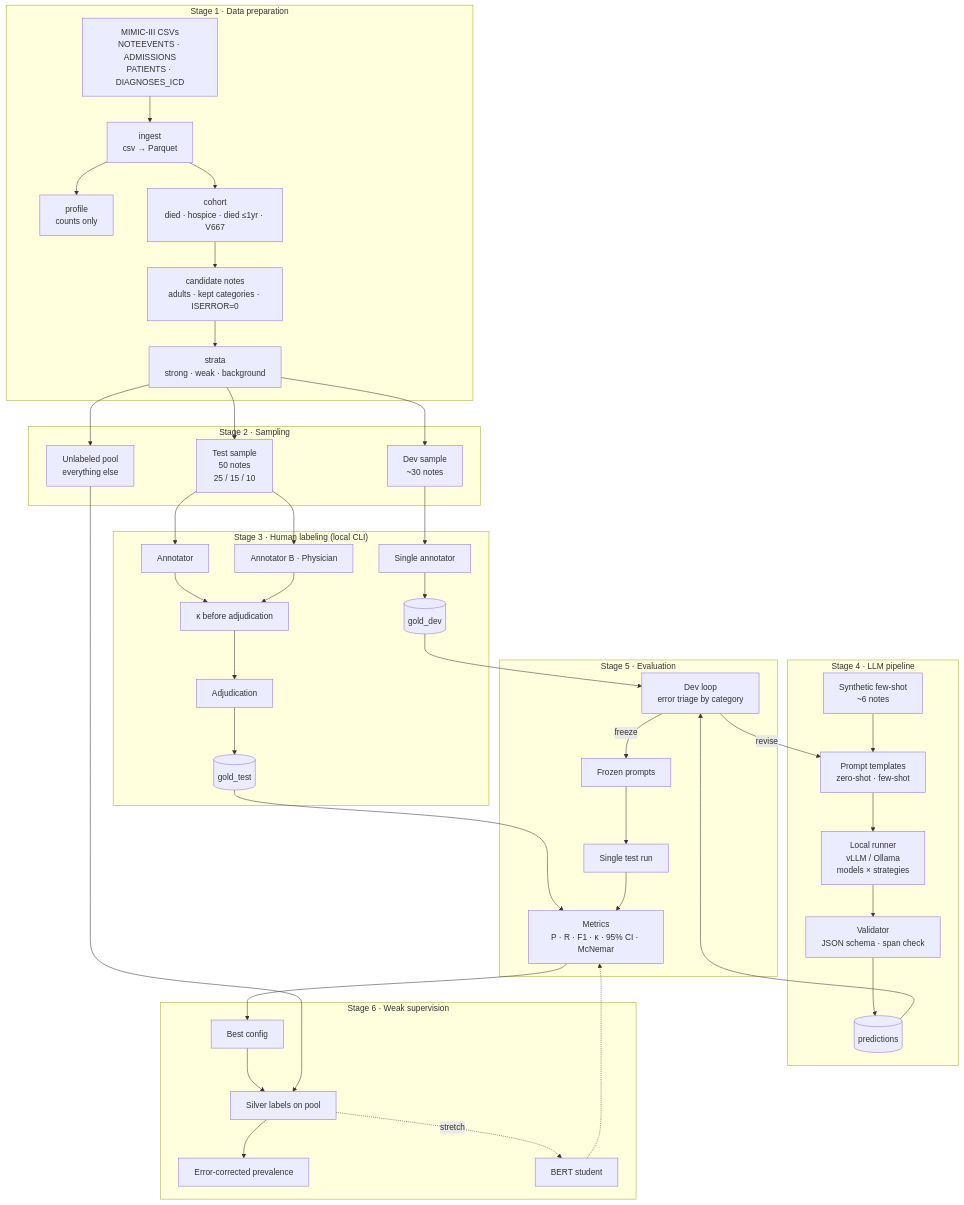
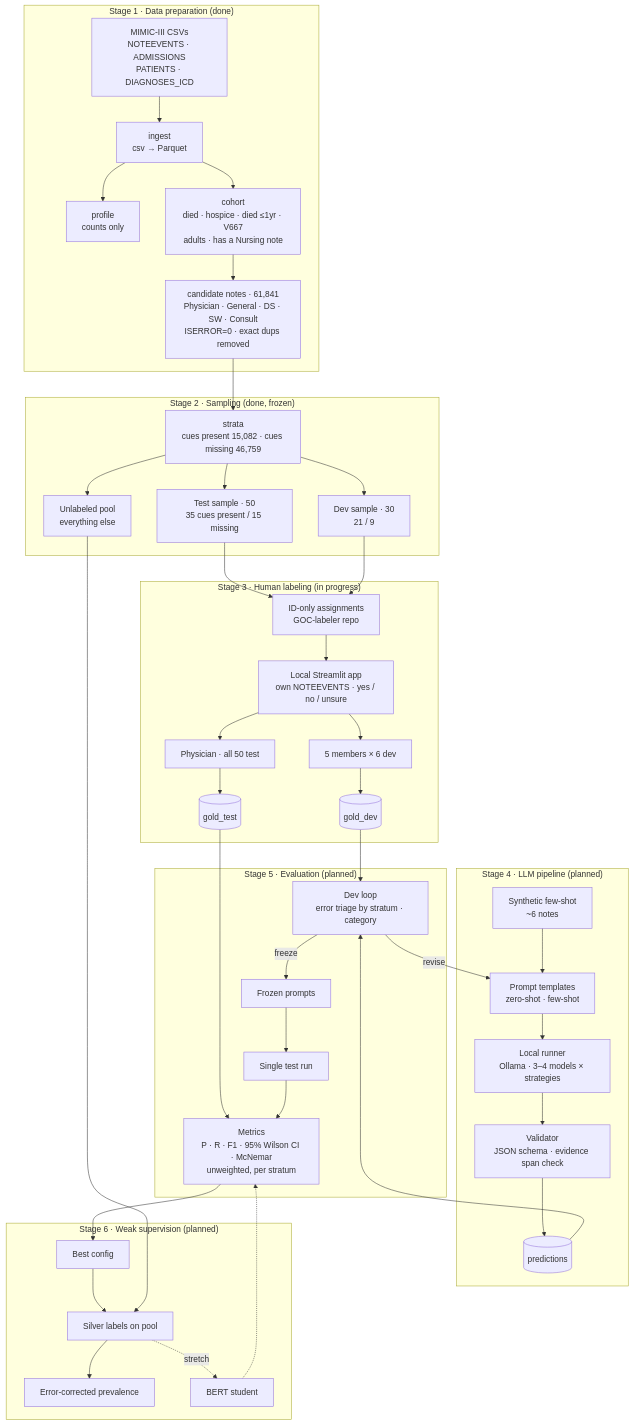
One commit to dennisdang5/GOC-pilot changed the diagram in ARCHITECTURE.md. Above: the diagram before and after it, drawn with Mermaid. The commit also changed other lines of this file and 1 other file, not shown here.

First line of the commit message:
Docs: reorganize CLAUDE.md; bring ARCHITECTURE.md up to date

````diff
--- a/ARCHITECTURE.md
+++ b/ARCHITECTURE.md
@@ -5,53 +8,50 @@
 ```mermaid
 flowchart TD
-    subgraph DATA["Stage 1 · Data preparation"]
+    subgraph DATA["Stage 1 · Data preparation (done)"]
         RAW[MIMIC-III CSVs<br/>NOTEEVENTS · ADMISSIONS<br/>PATIENTS · DIAGNOSES_ICD] --> ING[ingest<br/>csv → Parquet]
         ING --> PROF[profile<br/>counts only]
-        ING --> COH[cohort<br/>died · hospice · died ≤1yr · V667]
-        COH --> CAND[candidate notes<br/>adults · kept categories · ISERROR=0]
-        CAND --> STRAT[strata<br/>strong · weak · background]
+        ING --> COH[cohort<br/>died · hospice · died ≤1yr · V667<br/>adults · has a Nursing note]
+        COH --> CAND[candidate notes · 61,841<br/>Physician · General · DS · SW · Consult<br/>ISERROR=0 · exact dups removed]
     end
 
-    subgraph SAMPLE["Stage 2 · Sampling"]
-        STRAT --> TEST[Test sample<br/>50 notes<br/>25 / 15 / 10]
-        STRAT --> DEV[Dev sample<br/>~30 notes]
+    subgraph SAMPLE["Stage 2 · Sampling (done, frozen)"]
+        CAND --> STRAT[strata<br/>cues present 15,082 · cues missing 46,759]
+        STRAT --> TEST[Test sample · 50<br/>35 cues present / 15 missing]
+        STRAT --> DEV[Dev sample · 30<br/>21 / 9]
         STRAT --> POOL[Unlabeled pool<br/>everything else]
     end
 
-    subgraph GOLD["Stage 3 · Human labeling (local CLI)"]
-        TEST --> LA[Annotator]
-        TEST --> LB[Annotator B · Physician]
-        LA --> KAPPA[κ before adjudication]
-        LB --> KAPPA
-        KAPPA --> ADJ[Adjudication]
-        ADJ --> GT[(gold_test)]
-        DEV --> LD[Single annotator] --> GD[(gold_dev)]
+    subgraph GOLD["Stage 3 · Human labeling (in progress)"]
+        TEST --> ASSIGN[ID-only assignments<br/>GOC-labeler repo]
+        DEV --> ASSIGN
+        ASSIGN --> APP[Local Streamlit app<br/>own NOTEEVENTS · yes / no / unsure]
+        APP --> PHYS[Physician · all 50 test] --> GT[(gold_test)]
+        APP --> MEM[5 members × 6 dev] --> GD[(gold_dev)]
     end
 
-    subgraph LLM["Stage 4 · LLM pipeline"]
+    subgraph LLM["Stage 4 · LLM pipeline (planned)"]
         SYN[Synthetic few-shot<br/>~6 notes] --> PROMPT[Prompt templates<br/>zero-shot · few-shot]
-        PROMPT --> RUN[Local runner<br/>vLLM / Ollama<br/>models × strategies]
-        RUN --> VAL[Validator<br/>JSON schema · span check]
+        PROMPT --> RUN[Local runner<br/>Ollama · 3–4 models × strategies]
+        RUN --> VAL[Validator<br/>JSON schema · evidence span check]
         VAL --> PRED[(predictions)]
     end
 
-    subgraph EVAL["Stage 5 · Evaluation"]
-        GD --> TUNE[Dev loop<br/>error triage by category]
+    subgraph EVAL["Stage 5 · Evaluation (planned)"]
+        GD --> TUNE[Dev loop<br/>error triage by stratum · category]
         PRED --> TUNE
         TUNE -->|revise| PROMPT
         TUNE -->|freeze| FROZEN[Frozen prompts]
         FROZEN --> ONCE[Single test run]
-        GT --> METRICS[Metrics<br/>P · R · F1 · κ · 95% CI · McNemar]
+        GT --> METRICS[Metrics<br/>P · R · F1 · 95% Wilson CI · McNemar<br/>unweighted, per stratum]
         ONCE --> METRICS
     end
 
-    subgraph WEAK["Stage 6 · Weak supervision"]
+    subgraph WEAK["Stage 6 · Weak supervision (planned)"]
         METRICS --> BEST[Best config]
         BEST --> SILVER[Silver labels on pool]
         POOL --> SILVER
         SILVER --> EST[Error-corrected prevalence]
         SILVER -.stretch.-> BERT[BERT student]
         BERT -.-> METRICS
     end
-
 ```
````
